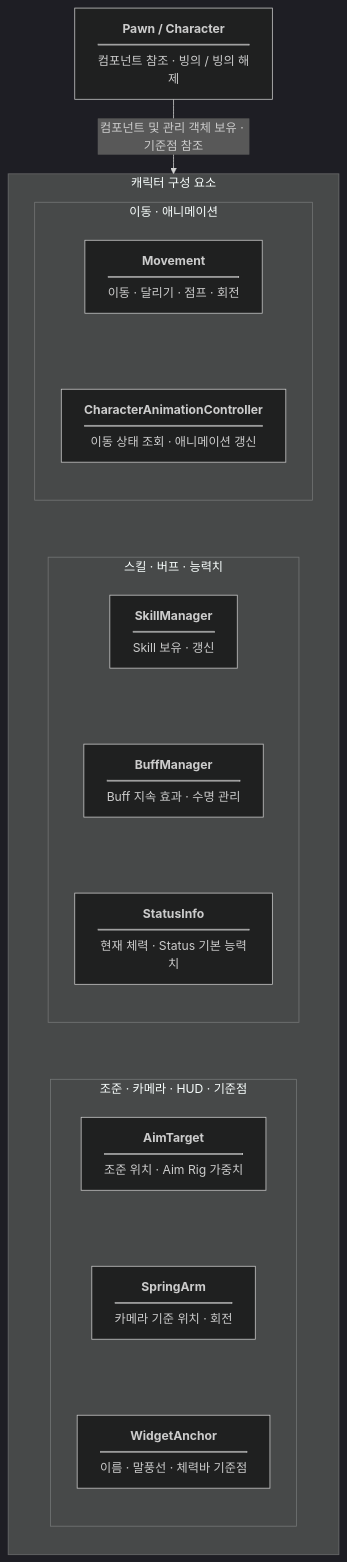
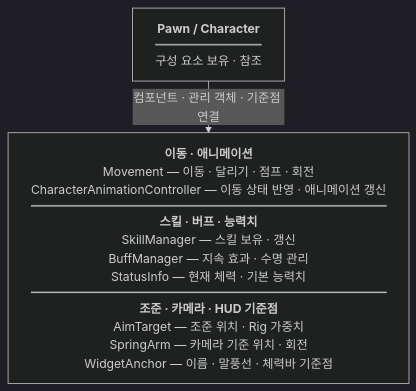
One commit to MDJ0126/FrameworkForUnity changed the second of 2 diagrams in README.md. Above: the diagram before and after it, drawn with Mermaid (dark theme). The commit also changed other lines of this file, not shown here.

Commit message:
수정

````diff
--- a/README.md
+++ b/README.md
@@ -59,36 +59,13 @@
 ```mermaid
+---
+config:
+  flowchart:
+    htmlLabels: true
+    rankSpacing: 20
+    wrappingWidth: 600
+---
 flowchart TB
-    Core["<b>Pawn / Character</b><hr/>컴포넌트 참조 · 빙의 / 빙의 해제"]
-    Core -->|컴포넌트 및 관리 객체 보유 · 기준점 참조| Components
-    subgraph Components["캐릭터 구성 요소"]
-    direction TB
-    subgraph 이동_애니메이션["이동 · 애니메이션"]
-        direction TB
-        Movement["<b>Movement</b><hr/>이동 · 달리기 · 점프 · 회전"]
-        CharacterAnimationController["<b>CharacterAnimationController</b><hr/>이동 상태 조회 · 애니메이션 갱신"]
-    end
-    subgraph 스킬_버프_능력치["스킬 · 버프 · 능력치"]
-        direction TB
-        SkillManager["<b>SkillManager</b><hr/>Skill 보유 · 갱신"]
-        BuffManager["<b>BuffManager</b><hr/>Buff 지속 효과 · 수명 관리"]
-        StatusInfo["<b>StatusInfo</b><hr/>현재 체력 · Status 기본 능력치"]
-    end
-    subgraph 조준_카메라_HUD_기준점["조준 · 카메라 · HUD · 기준점"]
-        direction TB
-        AimTarget["<b>AimTarget</b><hr/>조준 위치 · Aim Rig 가중치"]
-        SpringArm["<b>SpringArm</b><hr/>카메라 기준 위치 · 회전"]
-        WidgetAnchor["<b>WidgetAnchor</b><hr/>이름 · 말풍선 · 체력바 기준점"]
-    end
-    %% 투명 연결선으로 세로 배치만 지정한다.
-    Movement ~~~ CharacterAnimationController ~~~ SkillManager ~~~ BuffManager ~~~ StatusInfo ~~~ AimTarget ~~~ SpringArm ~~~ WidgetAnchor
-    end
-    click Core href "https://github.com/MDJ0126/SampleProjectForUnity/blob/main/Assets/Scripts/InGame/Object/Pawn/Pawn.cs" "Pawn.cs 열기" _blank
-    click Movement href "https://github.com/MDJ0126/SampleProjectForUnity/blob/main/Assets/Scripts/InGame/Object/Pawn/Movement.cs" "Movement.cs 열기" _blank
-    click CharacterAnimationController href "https://github.com/MDJ0126/SampleProjectForUnity/blob/main/Assets/Scripts/InGame/Object/Pawn/Character/CharacterAnimationController.cs" "CharacterAnimationController.cs 열기" _blank
-    click SkillManager href "https://github.com/MDJ0126/SampleProjectForUnity/blob/main/Assets/Scripts/InGame/Skill/SkillManager.cs" "SkillManager.cs 열기" _blank
-    click BuffManager href "https://github.com/MDJ0126/SampleProjectForUnity/blob/main/Assets/Scripts/InGame/Buff/BuffManager.cs" "BuffManager.cs 열기" _blank
-    click StatusInfo href "https://github.com/MDJ0126/SampleProjectForUnity/blob/main/Assets/Scripts/InGame/Status/StatusInfo.cs" "StatusInfo.cs 열기" _blank
-    click AimTarget href "https://github.com/MDJ0126/SampleProjectForUnity/blob/main/Assets/Scripts/InGame/Object/Pawn/Character/AimTarget.cs" "AimTarget.cs 열기" _blank
-    click SpringArm href "https://github.com/MDJ0126/SampleProjectForUnity/blob/main/Assets/Scripts/Common/SpringArm.cs" "SpringArm.cs 열기" _blank
-    click WidgetAnchor href "https://github.com/MDJ0126/SampleProjectForUnity/blob/main/Assets/Scripts/UI/HUD/WidgetAnchor.cs" "WidgetAnchor.cs 열기" _blank
+    Core["<b>Pawn / Character</b><hr/>구성 요소 보유 · 참조"]
+    Core -->|컴포넌트 · 관리 객체 · 기준점 연결| Components
+    Components["<b>이동 · 애니메이션</b><br/>Movement — 이동 · 달리기 · 점프 · 회전<br/>CharacterAnimationController — 이동 상태 반영 · 애니메이션 갱신<hr/><b>스킬 · 버프 · 능력치</b><br/>SkillManager — 스킬 보유 · 갱신<br/>BuffManager — 지속 효과 · 수명 관리<br/>StatusInfo — 현재 체력 · 기본 능력치<hr/><b>조준 · 카메라 · HUD 기준점</b><br/>AimTarget — 조준 위치 · Rig 가중치<br/>SpringArm — 카메라 기준 위치 · 회전<br/>WidgetAnchor — 이름 · 말풍선 · 체력바 기준점"]
 ```
````
